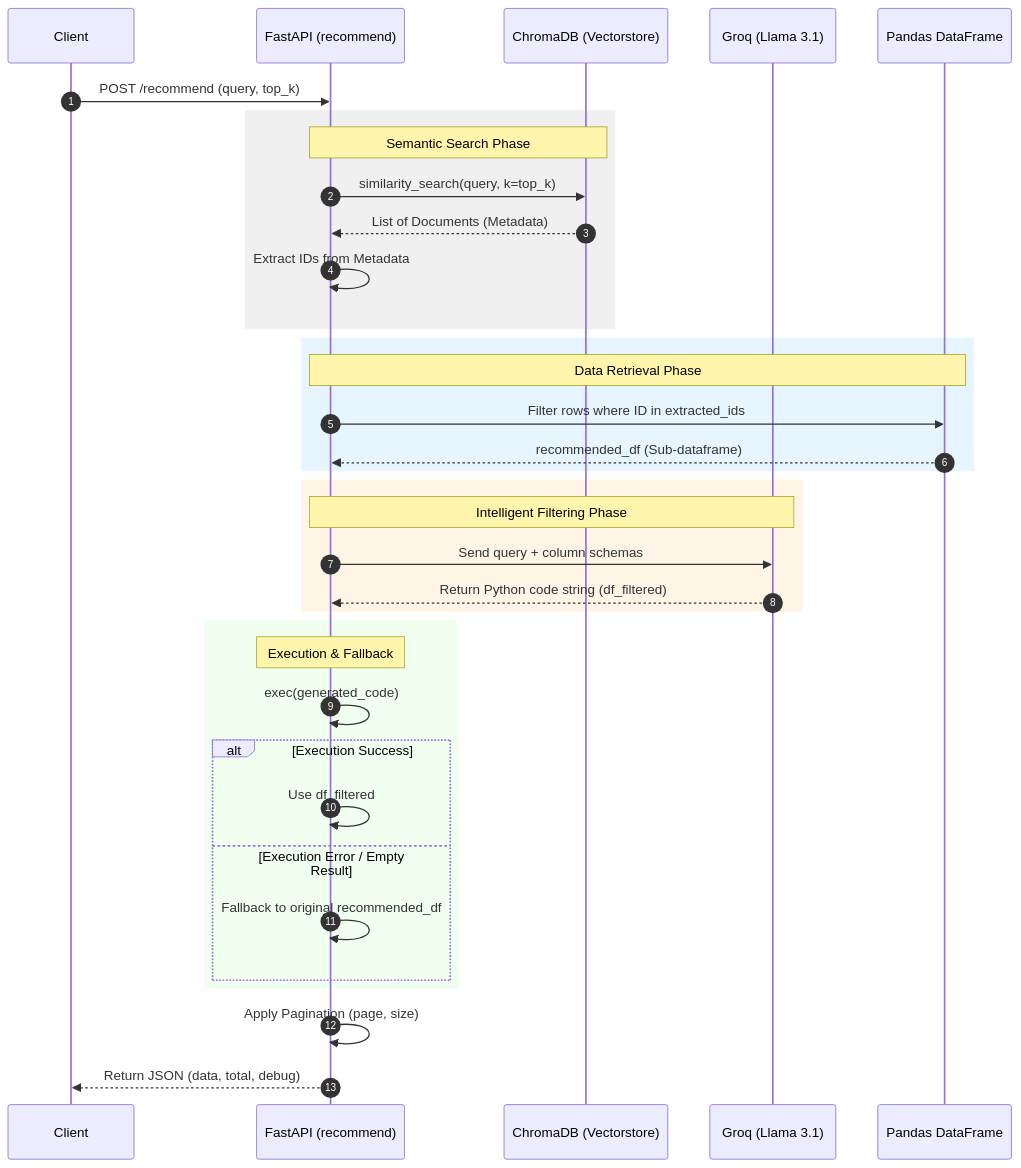
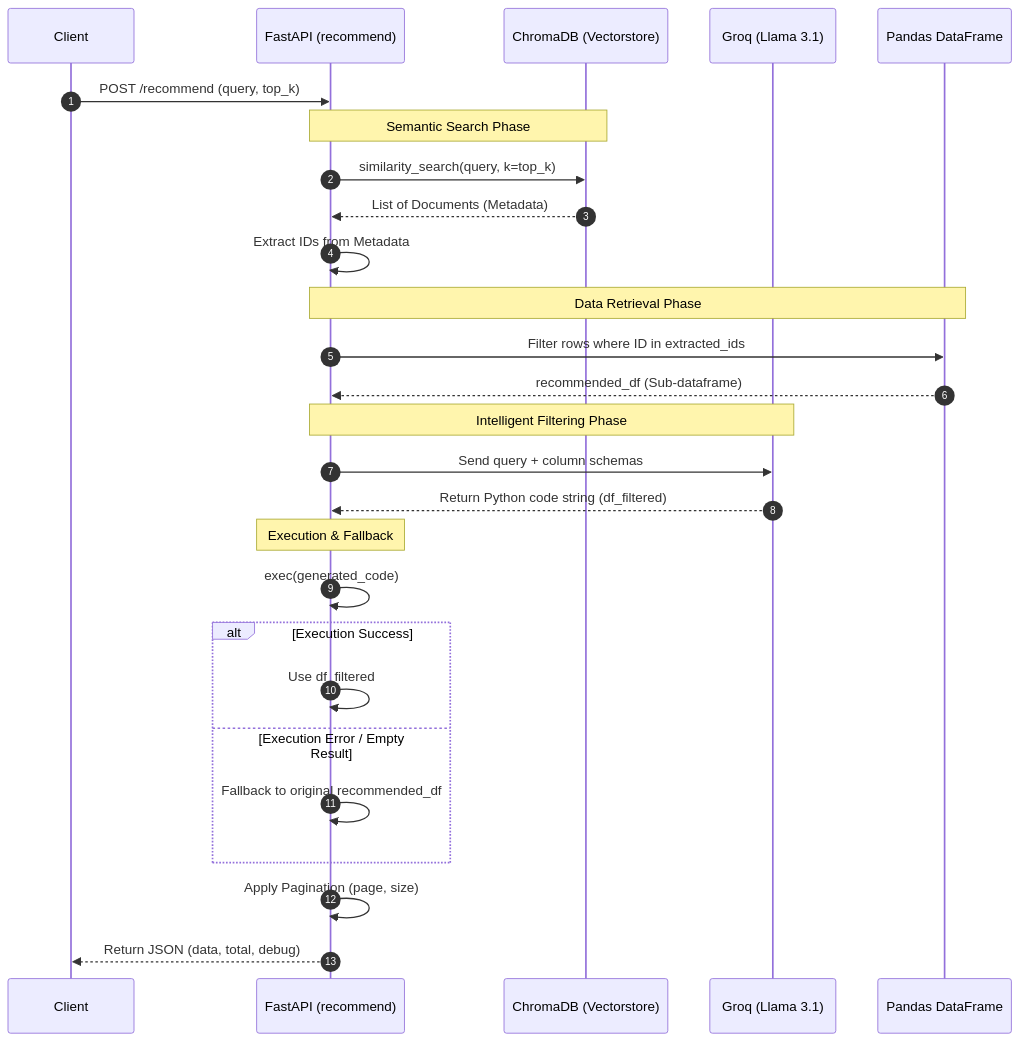
The second of 5 diagrams in README.md (AhmedAyman4/nawy), drawn with Mermaid before and after one commit. The commit also changed other lines of this file, not shown here.

````diff
--- a/README.md
+++ b/README.md
@@ -156,43 +143,35 @@
 ```mermaid
 sequenceDiagram
     autonumber
     participant Client
     participant API as FastAPI (recommend)
     participant VDB as ChromaDB (Vectorstore)
     participant LLM as Groq (Llama 3.1)
     participant DF as Pandas DataFrame
 
     Client->>API: POST /recommend (query, top_k)
     
-    rect rgb(240, 240, 240)
     Note over API, VDB: Semantic Search Phase
     API->>VDB: similarity_search(query, k=top_k)
     VDB-->>API: List of Documents (Metadata)
     API->>API: Extract IDs from Metadata
-    end
 
-    rect rgb(230, 245, 255)
     Note over API, DF: Data Retrieval Phase
     API->>DF: Filter rows where ID in extracted_ids
     DF-->>API: recommended_df (Sub-dataframe)
-    end
 
-    rect rgb(255, 245, 230)
     Note over API, LLM: Intelligent Filtering Phase
     API->>LLM: Send query + column schemas
     LLM-->>API: Return Python code string (df_filtered)
-    end
 
-    rect rgb(240, 255, 240)
     Note over API: Execution & Fallback
     API->>API: exec(generated_code)
     alt Execution Success
         API->>API: Use df_filtered
     else Execution Error / Empty Result
         API->>API: Fallback to original recommended_df
     end
-    end
 
     API->>API: Apply Pagination (page, size)
     API-->>Client: Return JSON (data, total, debug)
 ```
````
